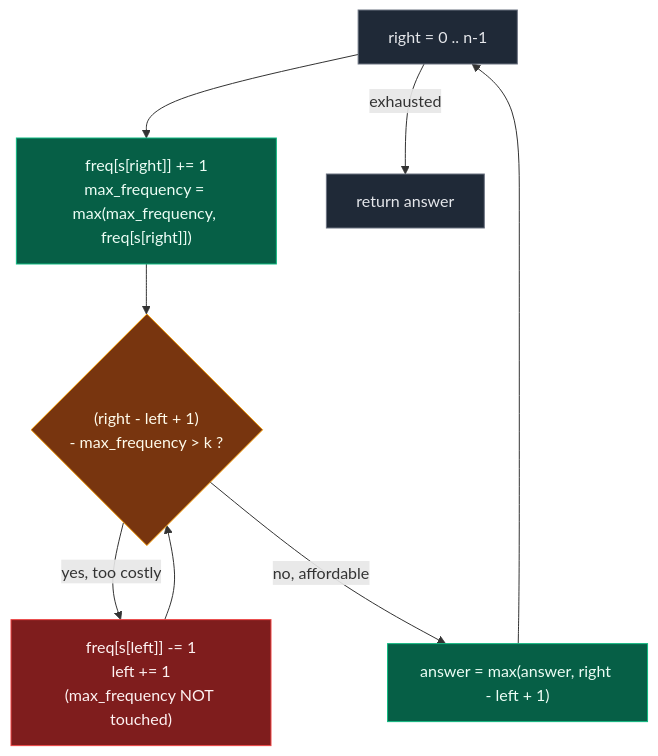
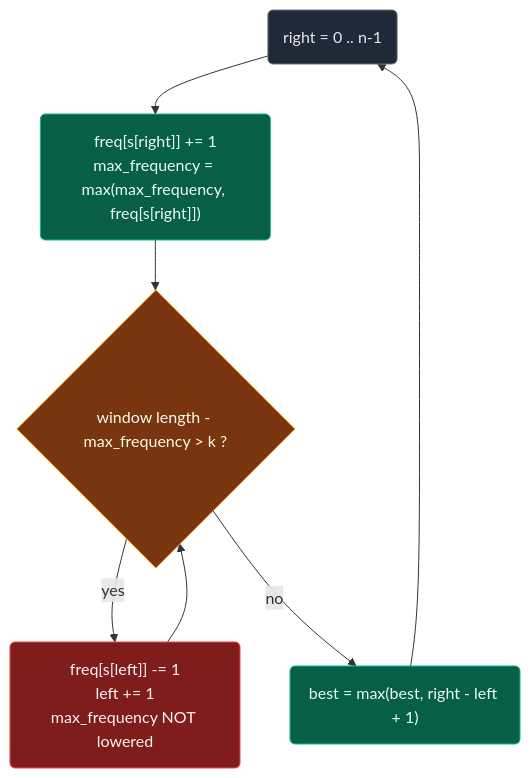
Before and after one commit to ajay-nikumbh/dsa-notes: the fourth of 6 diagrams in 04. Sliding window/05. Repeating Characters/02. 424. Longest Repeating Character Replacement.md, drawn with Mermaid. The commit also changed other lines of this file, not shown here.

First line of the commit message:
Sliding Window 14: rewrite 424 Longest Repeating Character Replacement

````diff
--- a/04. Sliding window/05. Repeating Characters/02. 424. Longest Repeating Character Replacement.md
+++ b/04. Sliding window/05. Repeating Characters/02. 424. Longest Repeating Character Replacement.md
@@ -77,19 +150,14 @@
 ```mermaid
 flowchart TD
-    A["right = 0 .. n-1"]:::edge
-    B["freq[s[right]] += 1<br/>max_frequency = max(max_frequency, freq[s[right]])"]:::calc
-    C{"(right - left + 1)<br/>- max_frequency > k ?"}:::check
-    D["freq[s[left]] -= 1<br/>left += 1<br/>(max_frequency NOT touched)"]:::shrink
-    E["answer = max(answer, right - left + 1)"]:::calc
-    F["return answer"]:::edge
-
-    A --> B --> C
-    C -- yes, too costly --> D --> C
-    C -- no, affordable --> E --> A
-    A -- exhausted --> F
+    A("right = 0 .. n-1"):::edge --> B("freq[s[right]] += 1<br/>max_frequency = max(max_frequency, freq[s[right]])"):::calc
+    B --> C{"window length - max_frequency > k ?"}:::check
+    C -->|yes| D("freq[s[left]] -= 1<br/>left += 1<br/>max_frequency NOT lowered"):::shrink
+    D --> C
+    C -->|no| E("best = max(best, right - left + 1)"):::calc
+    E --> A
 
     classDef edge fill:#1f2937,stroke:#6b7280,color:#e5e7eb
     classDef check fill:#78350f,stroke:#f59e0b,color:#fffbeb
     classDef shrink fill:#7f1d1d,stroke:#ef4444,color:#fef2f2
     classDef calc fill:#065f46,stroke:#10b981,color:#ecfdf5
 ```
````
